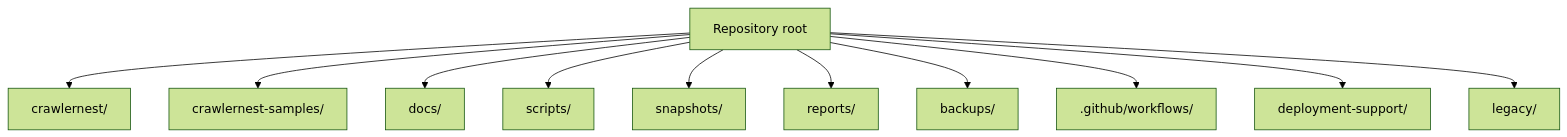
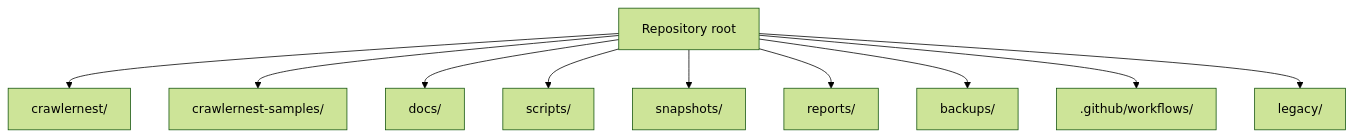
The diagram in docs/REPOSITORY_MAP.md (heinricitorgau/CrawlerNest), drawn with Mermaid (forest theme) before and after one commit. The commit also changed other lines of this file and 339 other files, not shown here.

````diff
--- a/docs/REPOSITORY_MAP.md
+++ b/docs/REPOSITORY_MAP.md
@@ -7,25 +7,23 @@
 ```mermaid
 flowchart TB
     root["Repository root"]
     crawlernest["crawlernest/"]
     samples["crawlernest-samples/"]
     docs["docs/"]
     scripts["scripts/"]
     snapshots["snapshots/"]
     reports["reports/"]
     backups["backups/"]
     workflows[".github/workflows/"]
-    deployment["deployment-support/"]
     legacy["legacy/"]
 
     root --> crawlernest
     root --> samples
     root --> docs
     root --> scripts
     root --> snapshots
     root --> reports
     root --> backups
     root --> workflows
-    root --> deployment
     root --> legacy
 ```
````
